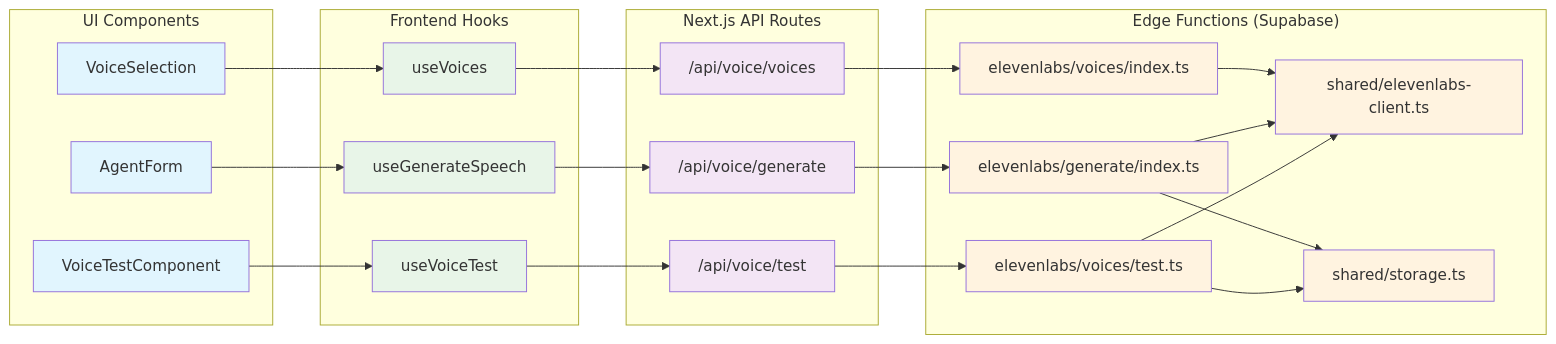
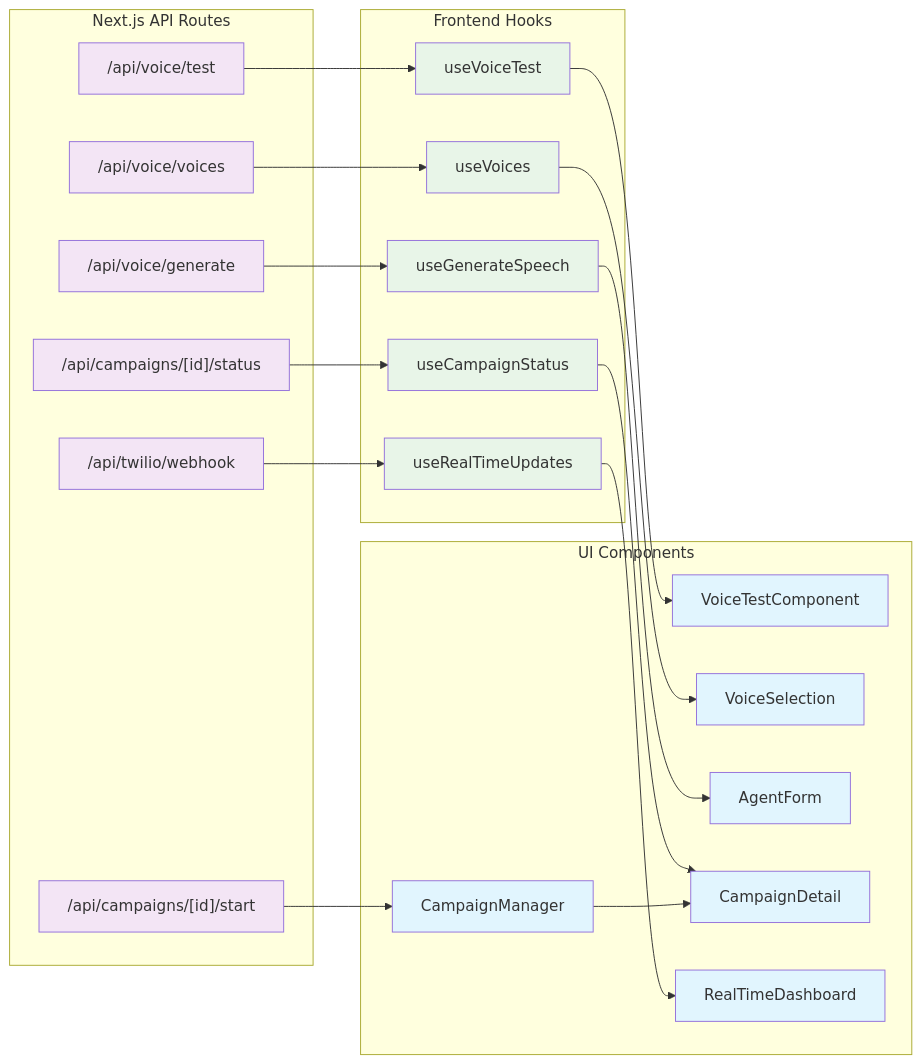
Before and after one commit to callhenk/henk: the seventh of 12 diagrams in docs/elevenlabs-architecture.md, drawn with Mermaid. The commit also changed other lines of this file, not shown here.

First line of the commit message:
Update ElevenLabs architecture documentation to reflect hybrid system design

````diff
--- a/docs/elevenlabs-architecture.md
+++ b/docs/elevenlabs-architecture.md
@@ -121,56 +263,50 @@
 ```mermaid
 graph LR
-    subgraph "Edge Functions (Supabase)"
-        A[elevenlabs/voices/index.ts]
-        B[elevenlabs/generate/index.ts]
-        C[elevenlabs/voices/test.ts]
-        D[shared/elevenlabs-client.ts]
-        E[shared/storage.ts]
-    end
-
     subgraph "Next.js API Routes"
-        F["/api/voice/test"]
-        G["/api/voice/generate"]
-        H["/api/voice/voices"]
+        A["/api/voice/test"]
+        B["/api/voice/generate"]
+        C["/api/voice/voices"]
+        D["/api/campaigns/[id]/start"]
+        E["/api/campaigns/[id]/status"]
+        F["/api/twilio/webhook"]
     end
 
     subgraph "Frontend Hooks"
-        I[useVoices]
-        J[useGenerateSpeech]
-        K[useVoiceTest]
+        G[useVoices]
+        H[useGenerateSpeech]
+        I[useVoiceTest]
+        J[useCampaignStatus]
+        K[useRealTimeUpdates]
     end
 
     subgraph "UI Components"
         L[VoiceTestComponent]
         M[VoiceSelection]
         N[AgentForm]
+        O[CampaignManager]
+        P[CampaignDetail]
+        Q[RealTimeDashboard]
     end
 
-    A --> D
-    B --> D
-    C --> D
-    B --> E
-    C --> E
+    A --> I
+    B --> H
+    C --> G
+    D --> O
+    E --> J
+    F --> K
 
-    F --> C
-    G --> B
-    H --> A
+    I --> L
+    G --> M
+    H --> N
+    J --> P
+    K --> Q
+    O --> P
 
-    I --> H
-    J --> G
-    K --> F
-
-    L --> K
-    M --> I
-    N --> J
-
-    classDef edge fill:#fff3e0
     classDef api fill:#f3e5f5
     classDef hook fill:#e8f5e8
     classDef ui fill:#e1f5fe
 
-    class A,B,C,D,E edge
-    class F,G,H api
-    class I,J,K hook
-    class L,M,N ui
+    class A,B,C,D,E,F api
+    class G,H,I,J,K hook
+    class L,M,N,O,P,Q ui
 ```
````
